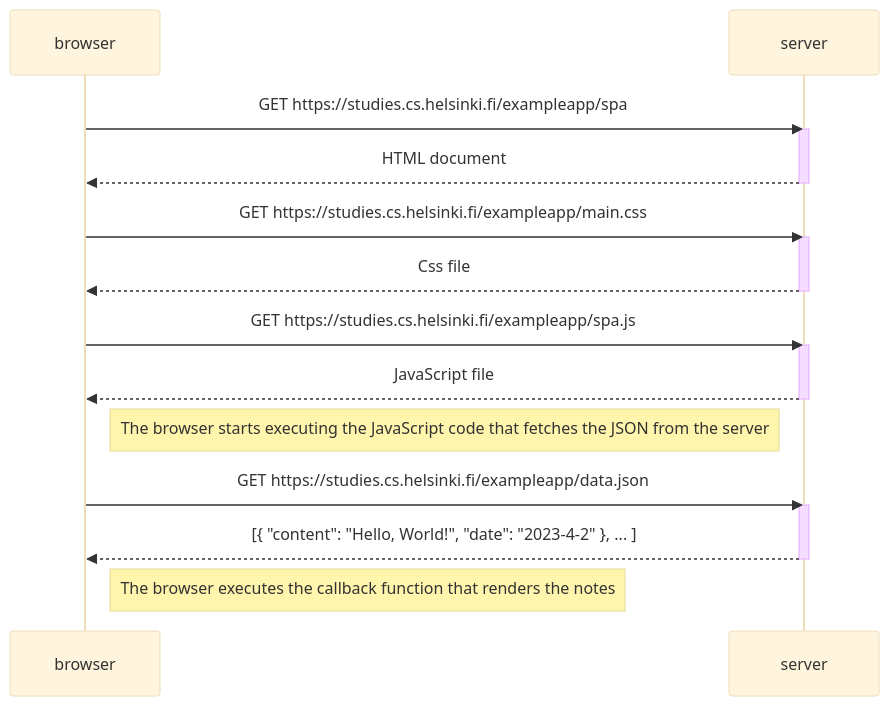
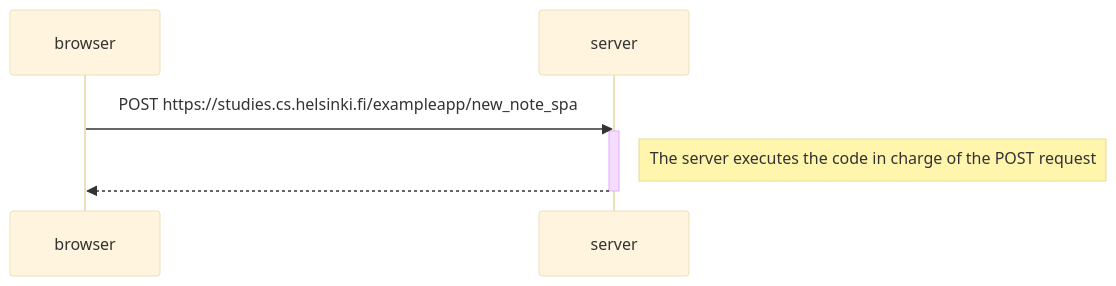
The diagram in part0/0-5.md (Eziones/fullstackopen-exercises), drawn with Mermaid (base theme) before and after one commit.

````diff
--- a/part0/0-5.md
+++ b/part0/0-5.md
@@ -1,29 +1,10 @@
 ```mermaid
-sequenceDiagram
-    participant browser
-    participant server
-
-    browser->>server: GET https://studies.cs.helsinki.fi/exampleapp/spa
-    activate server
-    server-->>browser: HTML document
-    deactivate server
-
-    browser->>server: GET https://studies.cs.helsinki.fi/exampleapp/main.css
-    activate server
-    server-->>browser: Css file
-    deactivate server
-
-    browser->>server: GET https://studies.cs.helsinki.fi/exampleapp/spa.js
-    activate server
-    server-->>browser: JavaScript file
-    deactivate server
-
-    Note right of browser: The browser starts executing the JavaScript code that fetches the JSON from the server
-
-    browser->>server: GET https://studies.cs.helsinki.fi/exampleapp/data.json
-    activate server
-    server-->>browser: [{ "content": "Hello, World!", "date": "2023-4-2" }, ... ]
-    deactivate server
-
-    Note right of browser: The browser executes the callback function that renders the notes
+    sequenceDiagram
+        participant browser
+        participant server
+        browser->>server: POST https://studies.cs.helsinki.fi/exampleapp/new_note_spa
+        activate server    
+        Note right of server: The server executes the code in charge of the POST request
+        server-->>browser:  
+        deactivate server
 ```
````
